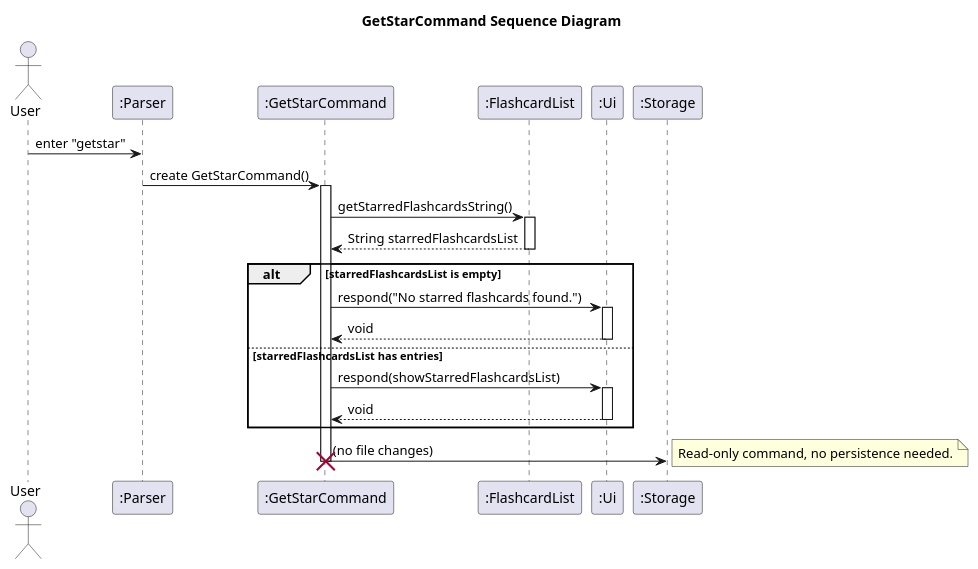
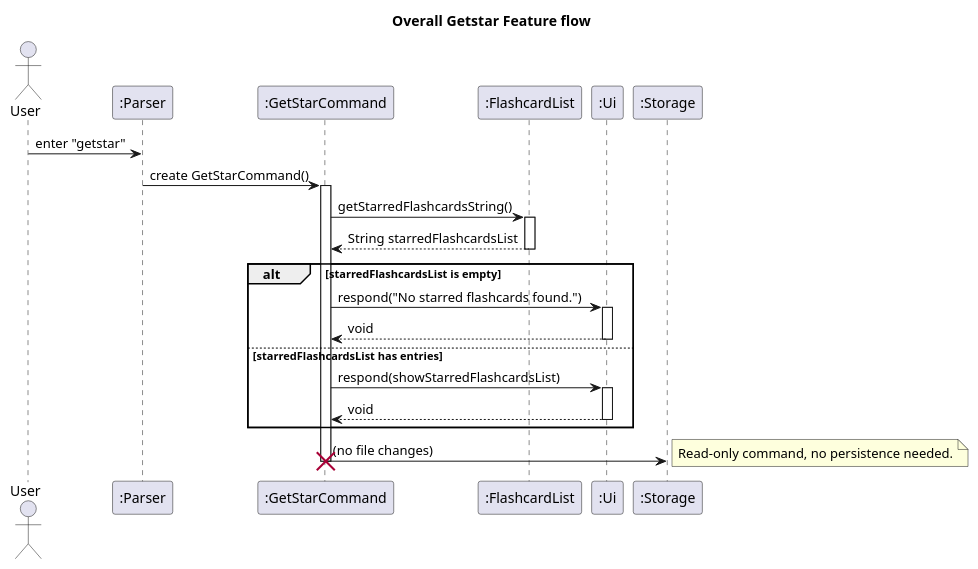
One commit to ashutoshalung/tp changed the diagram in docs/diagrams/GetStarFeature_Overall.puml. Above: the diagram before and after it, drawn with PlantUML. The commit also changed 1 other file, not shown here.

Commit message:
Edit star flashcard diagram

```diff
--- a/docs/diagrams/GetStarFeature_Overall.puml
+++ b/docs/diagrams/GetStarFeature_Overall.puml
@@ -1,38 +1,38 @@
 @startuml
-title GetStarCommand Sequence Diagram
+title Overall Getstar Feature flow
 
 actor User
 participant ":Parser" as parser
 participant ":GetStarCommand" as getStarCommand
 participant ":FlashcardList" as flashcardList
 participant ":Ui" as ui
 participant ":Storage" as storage
 
 User -> parser : enter "getstar"
 parser -> getStarCommand : create GetStarCommand()
 activate getStarCommand
 
 getStarCommand -> flashcardList : getStarredFlashcardsString()
 activate flashcardList
 flashcardList --> getStarCommand : String starredFlashcardsList
 deactivate flashcardList
 
 alt starredFlashcardsList is empty
     getStarCommand -> ui : respond("No starred flashcards found.")
     activate ui
     ui --> getStarCommand : void
     deactivate ui
 else starredFlashcardsList has entries
     getStarCommand -> ui : respond(showStarredFlashcardsList)
     activate ui
     ui --> getStarCommand : void
     deactivate ui
 end
 
 getStarCommand -> storage : (no file changes)
 note right: Read-only command, no persistence needed.
 
 ' --- Object cleanup phase ---
 destroy getStarCommand
 
 @enduml
```
